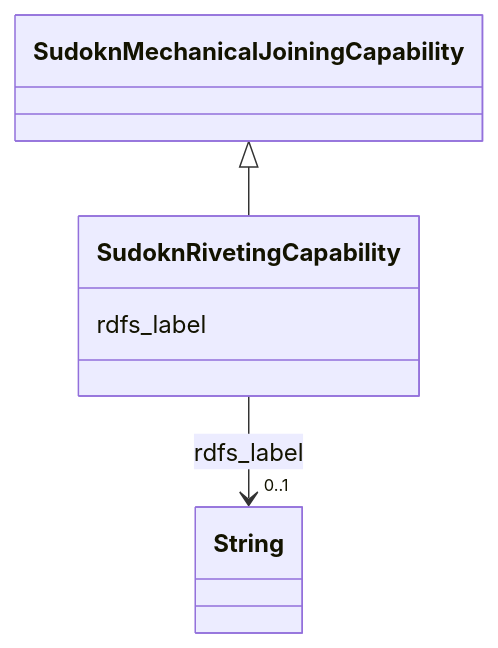
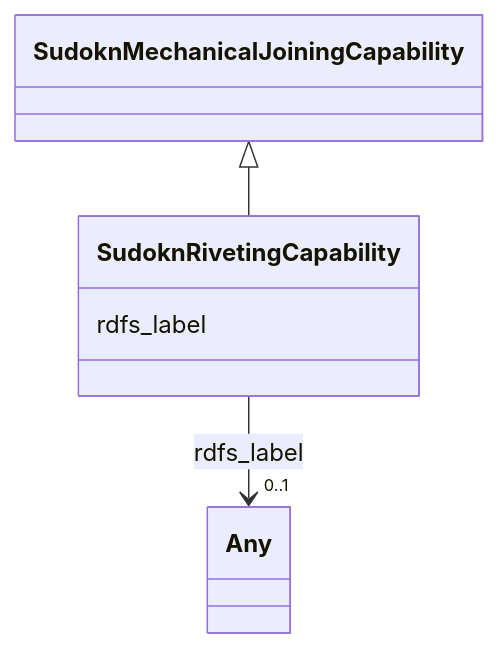
The diagram in sudokn-kg/classes/SudoknRivetingCapability.md (frink-okn/graph-descriptions), drawn with Mermaid before and after one commit. The commit also changed other lines of this file and 903 other files, not shown here.

````diff
--- a/sudokn-kg/classes/SudoknRivetingCapability.md
+++ b/sudokn-kg/classes/SudoknRivetingCapability.md
@@ -23,18 +18,18 @@
 ```mermaid
  classDiagram
     class SudoknRivetingCapability
     click SudoknRivetingCapability href "../SudoknRivetingCapability"
       SudoknMechanicalJoiningCapability <|-- SudoknRivetingCapability
         click SudoknMechanicalJoiningCapability href "../SudoknMechanicalJoiningCapability"
       
       SudoknRivetingCapability : rdfs_label
         
           
     
     
-    SudoknRivetingCapability --> "0..1" String : rdfs_label
-    click String href "../String"
+    SudoknRivetingCapability --> "0..1" Any : rdfs_label
+    click Any href "../Any"
 
         
       
 ```
````
